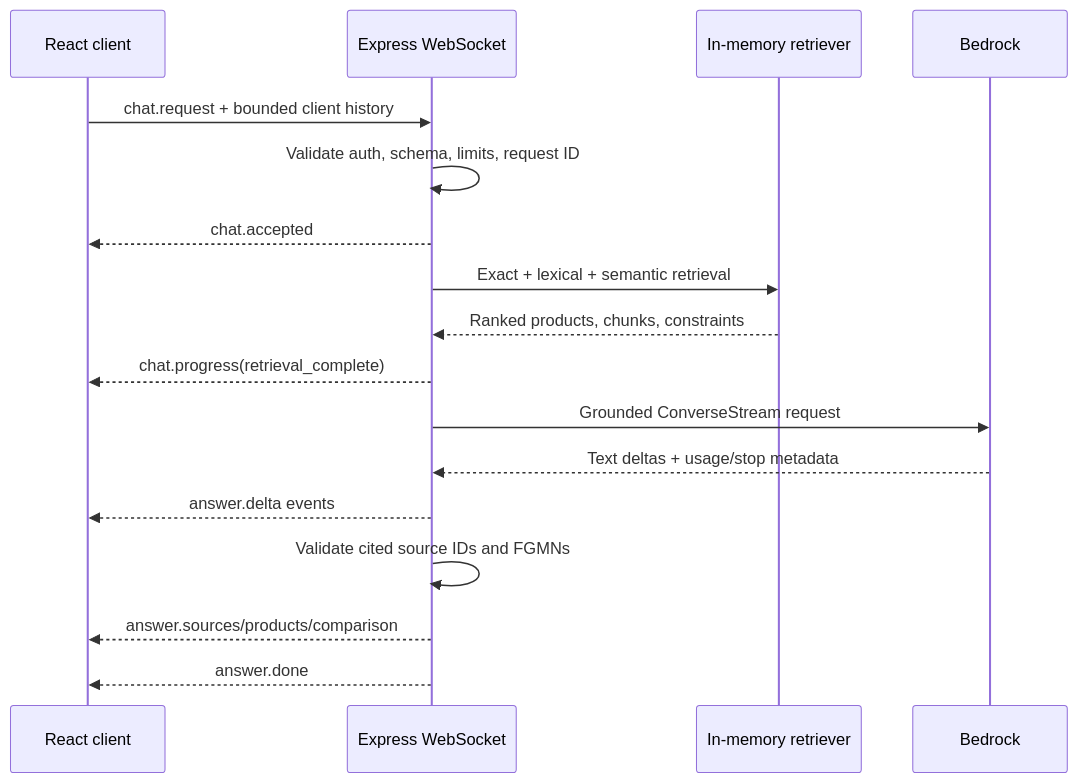
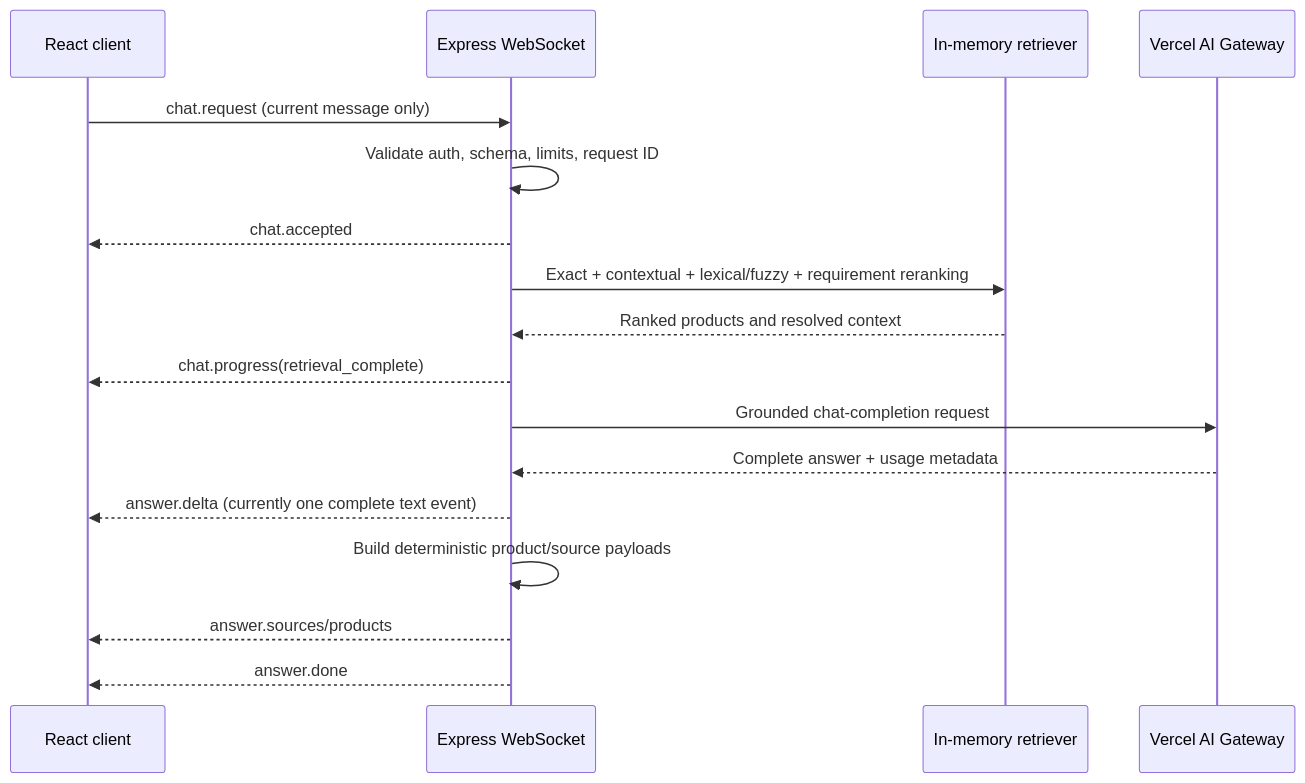
One commit to LokeshGoswami2003/AI-Product-Finder changed the third of 3 diagrams in knowledge.md. Above: the diagram before and after it, drawn with Mermaid. The commit also changed other lines of this file and 29 other files, not shown here.

Commit message:
Improve conversational retrieval and session context

````diff
--- a/knowledge.md
+++ b/knowledge.md
@@ -846,20 +857,20 @@
 ```mermaid
 sequenceDiagram
 		participant UI as React client
 		participant WS as Express WebSocket
 		participant RET as In-memory retriever
-		participant BR as Bedrock
+		participant GW as Vercel AI Gateway
 
-		UI->>WS: chat.request + bounded client history
+		UI->>WS: chat.request (current message only)
 		WS->>WS: Validate auth, schema, limits, request ID
 		WS-->>UI: chat.accepted
-		WS->>RET: Exact + lexical + semantic retrieval
-		RET-->>WS: Ranked products, chunks, constraints
+		WS->>RET: Exact + contextual + lexical/fuzzy + requirement reranking
+		RET-->>WS: Ranked products and resolved context
 		WS-->>UI: chat.progress(retrieval_complete)
-		WS->>BR: Grounded ConverseStream request
-		BR-->>WS: Text deltas + usage/stop metadata
-		WS-->>UI: answer.delta events
-		WS->>WS: Validate cited source IDs and FGMNs
-		WS-->>UI: answer.sources/products/comparison
+		WS->>GW: Grounded chat-completion request
+		GW-->>WS: Complete answer + usage metadata
+		WS-->>UI: answer.delta (currently one complete text event)
+		WS->>WS: Build deterministic product/source payloads
+		WS-->>UI: answer.sources/products
 		WS-->>UI: answer.done
 ```
````
